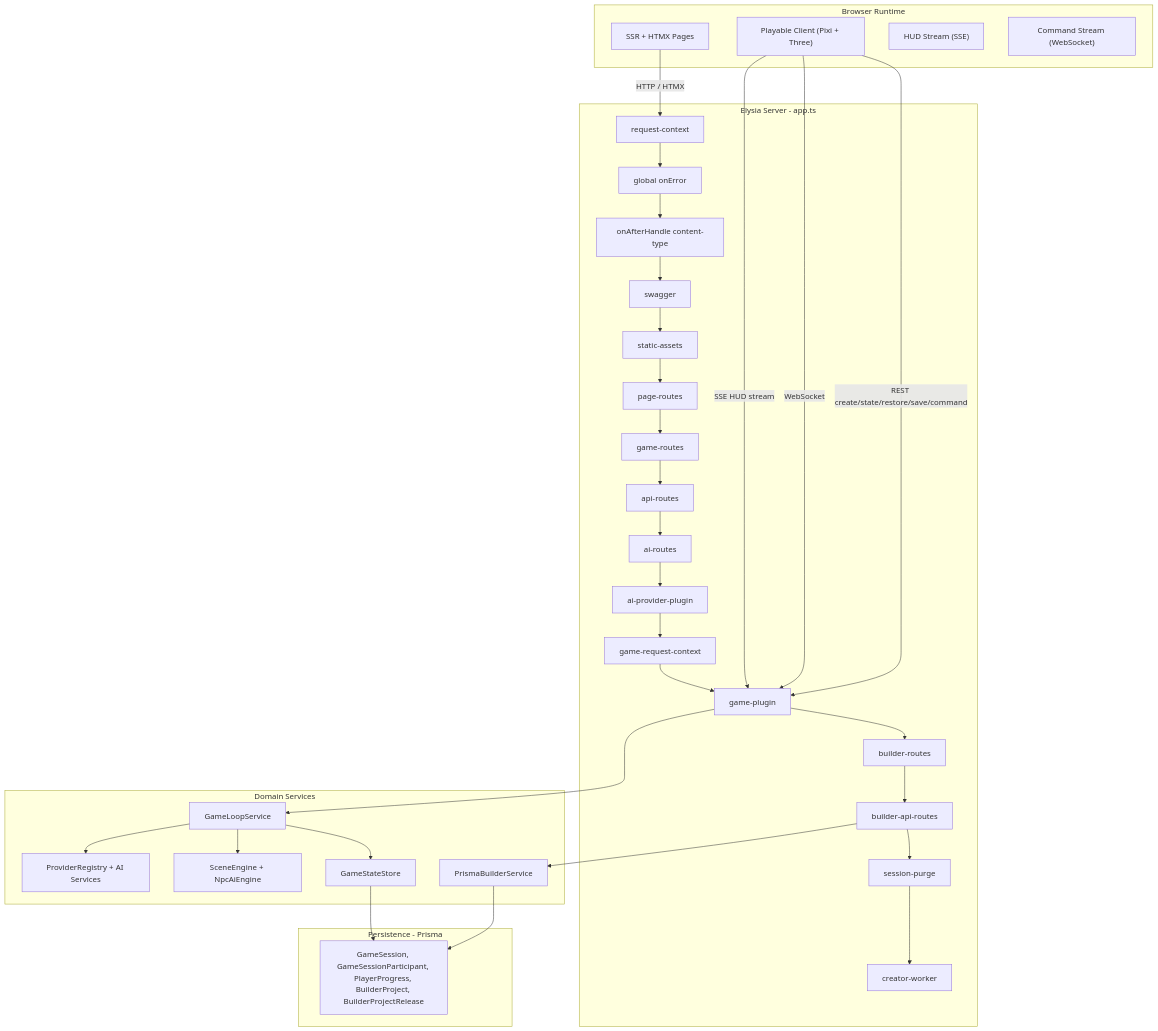
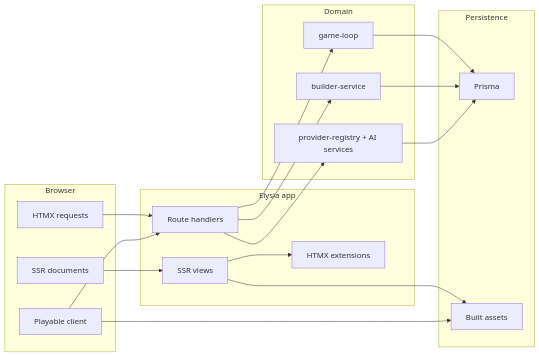
The first of 3 diagrams in README.md (d4551/tea), drawn with Mermaid before and after one commit. The commit also changed other lines of this file and 115 other files, not shown here.

First line of the commit message:
Refactor TEA architecture documentation and enhance package.json scripts

````diff
--- a/README.md
+++ b/README.md
@@ -168,53 +30,38 @@
 ```mermaid
-graph TB
-  subgraph Browser["Browser Runtime"]
-    SSR["SSR + HTMX Pages"]
-    CLIENT["Playable Client (Pixi + Three)"]
-    SSEHUD["HUD Stream (SSE)"]
-    WS["Command Stream (WebSocket)"]
+flowchart LR
+  subgraph Browser["Browser"]
+    Doc["SSR documents"]
+    Htmx["HTMX requests"]
+    Game["Playable client"]
   end
 
-  subgraph Elysia["Elysia Server - app.ts"]
-    RC["request-context"]
-    EH["global onError"]
-    CT["onAfterHandle content-type"]
-    SW["swagger"]
-    SA["static-assets"]
-    PR["page-routes"]
-    GR["game-routes"]
-    AR["api-routes"]
-    AIR["ai-routes"]
-    AIP["ai-provider-plugin"]
-    GRC["game-request-context"]
-    GP["game-plugin"]
-    BR["builder-routes"]
-    BA["builder-api-routes"]
-    SP["session-purge"]
-    CW["creator-worker"]
+  subgraph App["Elysia app"]
+    Views["SSR views"]
+    Routes["Route handlers"]
+    Ext["HTMX extensions"]
   end
 
-  subgraph Domain["Domain Services"]
-    LOOP["GameLoopService"]
-    STORE["GameStateStore"]
-    SCENE["SceneEngine + NpcAiEngine"]
-    BUILDER["PrismaBuilderService"]
-    AI["ProviderRegistry + AI Services"]
+  subgraph Domain["Domain"]
+    Loop["game-loop"]
+    Builder["builder-service"]
+    AI["provider-registry + AI services"]
   end
 
-  subgraph Storage["Persistence - Prisma"]
-    DB["GameSession, GameSessionParticipant, PlayerProgress, BuilderProject, BuilderProjectRelease"]
+  subgraph Data["Persistence"]
+    Prisma["Prisma"]
+    Assets["Built assets"]
   end
 
-  SSR -->|HTTP / HTMX| RC
-  CLIENT -->|REST create/state/restore/save/command| GP
-  CLIENT -->|WebSocket| GP
-  CLIENT -->|SSE HUD stream| GP
-  RC --> EH --> CT --> SW --> SA --> PR --> GR --> AR --> AIR --> AIP --> GRC --> GP --> BR --> BA --> SP --> CW
-  GP --> LOOP
-  LOOP --> STORE
-  LOOP --> SCENE
-  LOOP --> AI
-  STORE --> DB
-  BA --> BUILDER
-  BUILDER --> DB
+  Doc --> Views
+  Htmx --> Routes
+  Game --> Routes
+  Views --> Ext
+  Routes --> Loop
+  Routes --> Builder
+  Routes --> AI
+  Loop --> Prisma
+  Builder --> Prisma
+  AI --> Prisma
+  Views --> Assets
+  Game --> Assets
 ```
````
